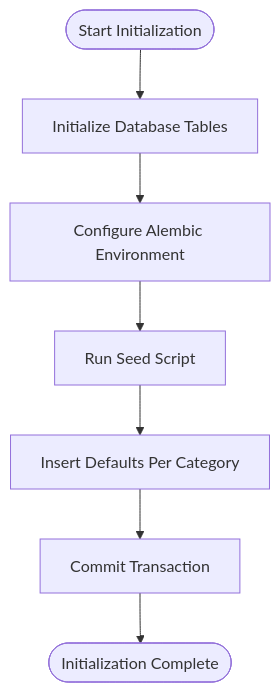
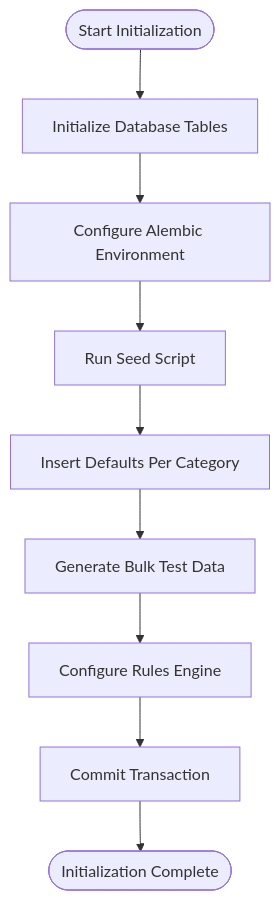
Before and after one commit to bikinaplikasipakeqoder-dot/payroll-hris: the third of 4 diagrams in .qoder/repowiki/en/content/Data Seeding & Configuration.md, drawn with Mermaid. The commit also changed other lines of this file and 22 other files, not shown here.

````diff
--- a/.qoder/repowiki/en/content/Data Seeding & Configuration.md
+++ b/.qoder/repowiki/en/content/Data Seeding & Configuration.md
@@ -228,9 +294,11 @@
 ```mermaid
 flowchart TD
 Start(["Start Initialization"]) --> InitDB["Initialize Database Tables"]
 InitDB --> Alembic["Configure Alembic Environment"]
 Alembic --> Seed["Run Seed Script"]
 Seed --> InsertDefaults["Insert Defaults Per Category"]
-InsertDefaults --> Commit["Commit Transaction"]
+InsertDefaults --> BulkSeed["Generate Bulk Test Data"]
+BulkSeed --> ConfigureRules["Configure Rules Engine"]
+ConfigureRules --> Commit["Commit Transaction"]
 Commit --> End(["Initialization Complete"])
 ```
````
